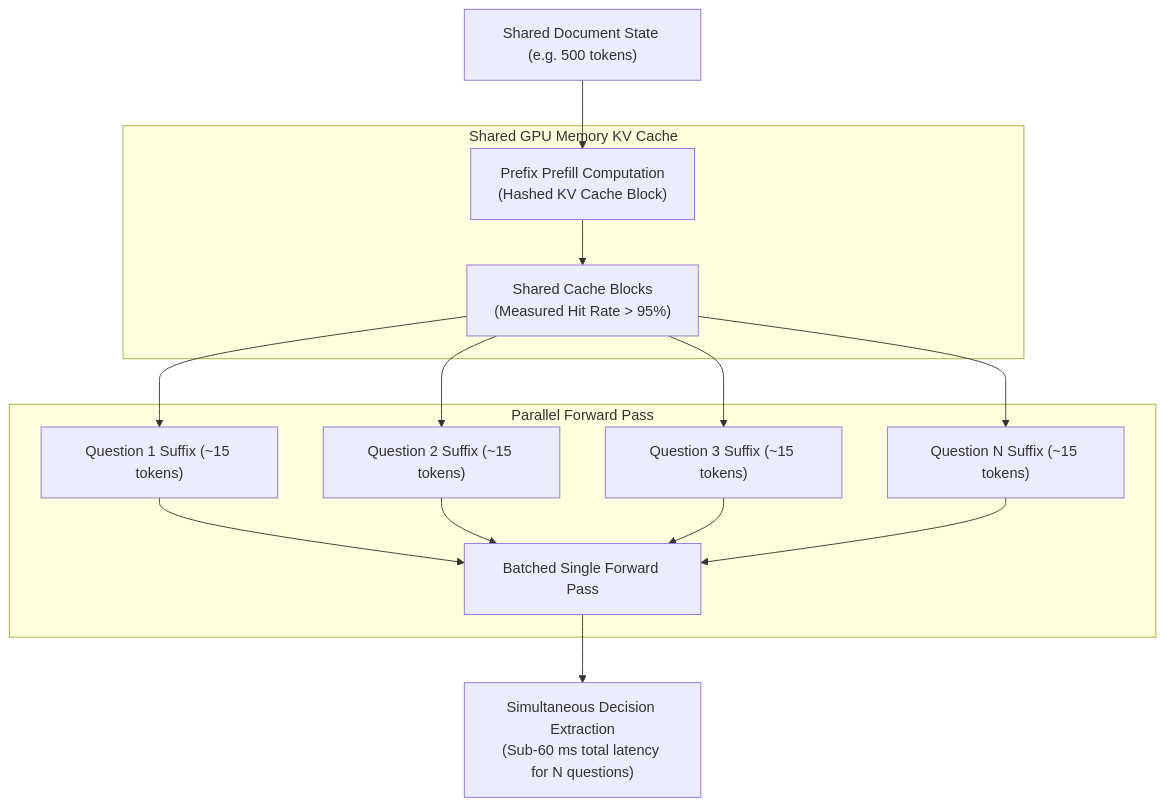
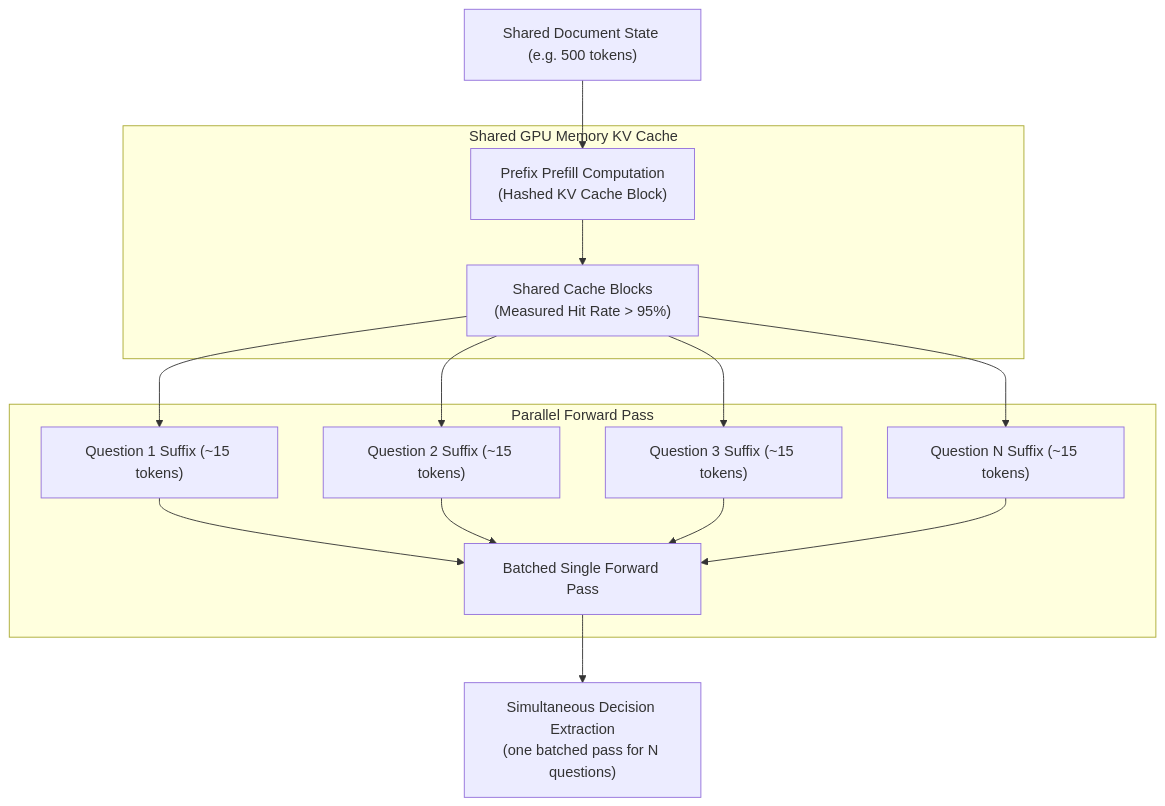
Before and after one commit to Okura66/kahn1: the sixth of 10 diagrams in architecture.md, drawn with Mermaid. The commit also changed other lines of this file and 10 other files, not shown here.

````diff
--- a/architecture.md
+++ b/architecture.md
@@ -203,22 +205,22 @@
 ```mermaid
 flowchart TD
     State["Shared Document State (e.g. 500 tokens)"] --> Prefill["Prefix Prefill Computation\n(Hashed KV Cache Block)"]
     
     subgraph KVCache["Shared GPU Memory KV Cache"]
         Prefill --> CachedBlocks["Shared Cache Blocks\n(Measured Hit Rate > 95%)"]
     end
     
     CachedBlocks --> Q1["Question 1 Suffix (~15 tokens)"]
     CachedBlocks --> Q2["Question 2 Suffix (~15 tokens)"]
     CachedBlocks --> Q3["Question 3 Suffix (~15 tokens)"]
     CachedBlocks --> QN["Question N Suffix (~15 tokens)"]
     
     subgraph ParallelForward["Parallel Forward Pass"]
         Q1 --> Fwd["Batched Single Forward Pass"]
         Q2 --> Fwd
         Q3 --> Fwd
         QN --> Fwd
     end
     
-    Fwd --> Answers["Simultaneous Decision Extraction\n(Sub-60 ms total latency for N questions)"]
+    Fwd --> Answers["Simultaneous Decision Extraction\n(one batched pass for N questions)"]
 ```
````
